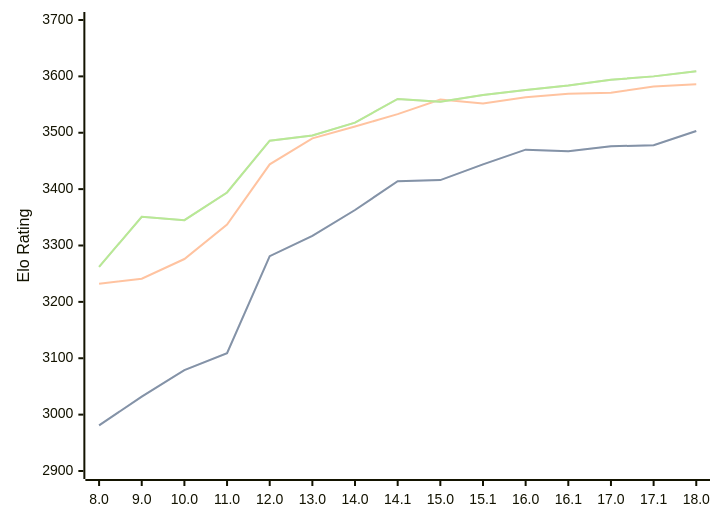
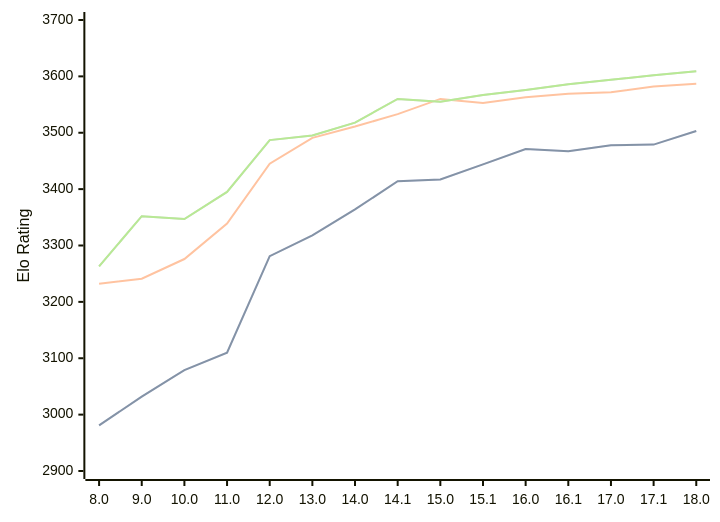
Before and after one commit to computer-chess-index/cci: the diagram in engines/Stockfish.md, drawn with Mermaid. The commit also changed other lines of this file, not shown here.

Commit message:
Update CCI Ratings (ELO VLTC) - 2026-08-20

````diff
--- a/engines/Stockfish.md
+++ b/engines/Stockfish.md
@@ -45,11 +45,11 @@
 ```mermaid
 %%{init: {"theme":"base","themeVariables":{"seriesColors:['#a3a3a3','#222221','#faa371']}}}%%
 xychart-beta
   x-axis ["8.0", "9.0", "10.0", "11.0", "12.0", "13.0", "14.0", "14.1", "15.0", "15.1", "16.0", "16.1", "17.0", "17.1", "18.0"]
   y-axis "Elo Rating" 2900 --> 3700
-  line "STC (8.0+0.08s)" [2981, 3032, 3079, 3109, 3281, 3317, 3363, 3414, 3416, 3444, 3470, 3467, 3476, 3478, 3503]
-  line "STC (8.0+0.08s)" [2981, 3032, 3079, 3109, 3281, 3317, 3363, 3414, 3416, 3444, 3470, 3467, 3476, 3478, 3503]
-  line "LTC (60.0+0.60s)" [3232, 3241, 3276, 3337, 3444, 3490, 3511, 3533, 3559, 3552, 3563, 3569, 3571, 3582, 3586]
-  line "VLTC (2m24s+1.12s)" [3262, 3351, 3345, 3394, 3486, 3495, 3518, 3560, 3555, 3567, 3576, 3584, 3594, 3600, 3609]
-  line "VLTC (2m24s+1.12s)" [3262, 3351, 3345, 3394, 3486, 3495, 3518, 3560, 3555, 3567, 3576, 3584, 3594, 3600, 3609]
+  line "STC (8.0+0.08s)" [2981, 3032, 3079, 3110, 3281, 3318, 3364, 3414, 3417, 3444, 3471, 3467, 3478, 3479, 3503]
+  line "STC (8.0+0.08s)" [2981, 3032, 3079, 3110, 3281, 3318, 3364, 3414, 3417, 3444, 3471, 3467, 3478, 3479, 3503]
+  line "LTC (60.0+0.60s)" [3232, 3241, 3276, 3339, 3445, 3491, 3511, 3533, 3560, 3553, 3563, 3569, 3572, 3582, 3587]
+  line "VLTC (2m24s+1.12s)" [3263, 3352, 3347, 3395, 3487, 3495, 3518, 3560, 3555, 3567, 3576, 3586, 3594, 3602, 3609]
+  line "VLTC (2m24s+1.12s)" [3263, 3352, 3347, 3395, 3487, 3495, 3518, 3560, 3555, 3567, 3576, 3586, 3594, 3602, 3609]
 ```
````
